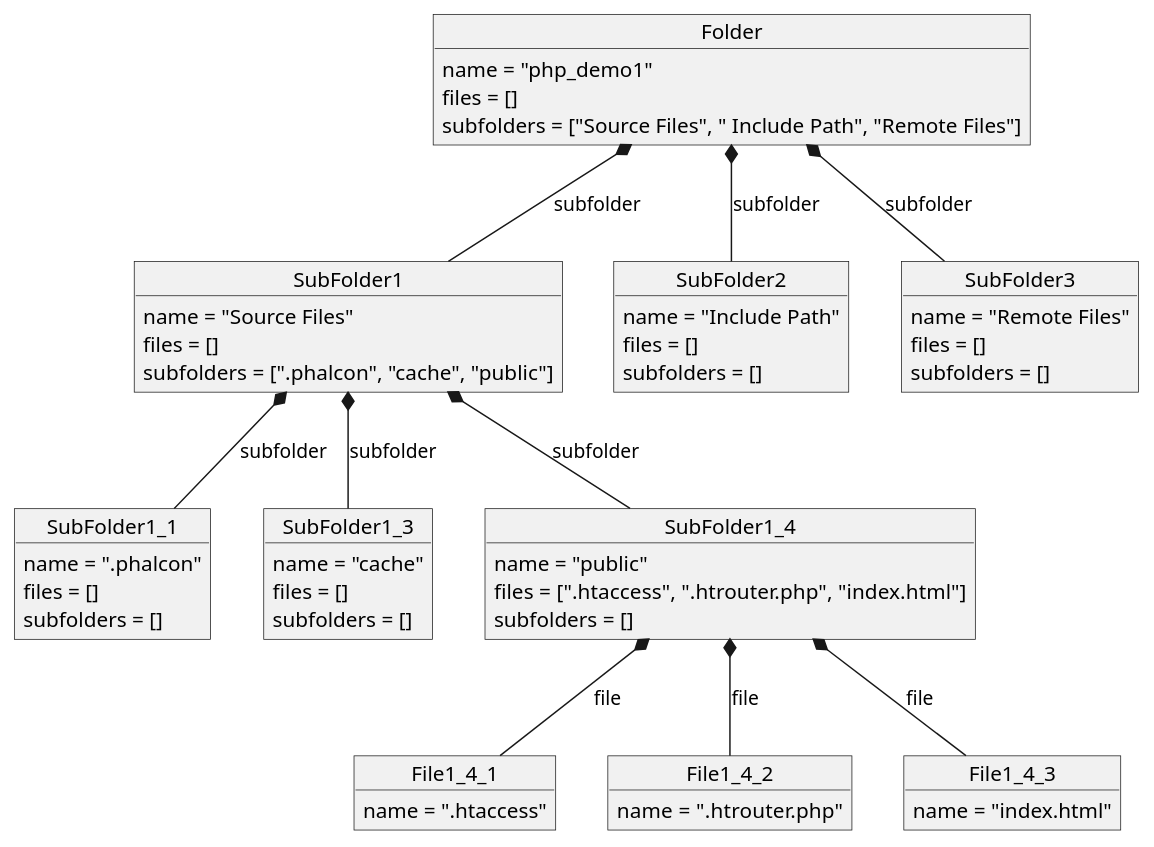
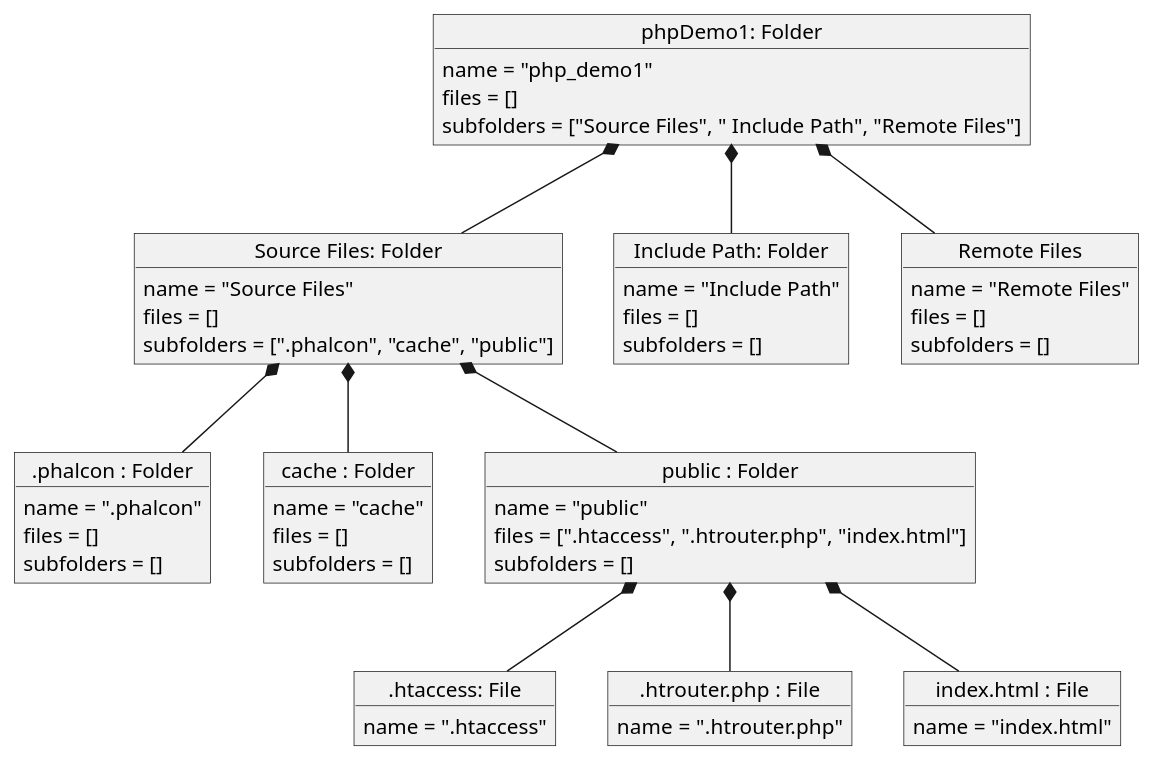
One commit to SubhamCPP/CS5800 changed the diagram in HomeWork03/HomeWork-03/src/Object_Diagram_Part4.puml. Above: the diagram before and after it, drawn with PlantUML. The commit also changed 8 other files, not shown here.

```diff
--- a/HomeWork03/HomeWork-03/src/Object_Diagram_Part4.puml
+++ b/HomeWork03/HomeWork-03/src/Object_Diagram_Part4.puml
@@ -1,70 +1,72 @@
 @startuml
 
 ' Define instances of Folder and File after the 'app' folder deletion
 
-object Folder {
+object "phpDemo1: Folder" as mainFolder {
   name = "php_demo1"
   files = []
   subfolders = ["Source Files", " Include Path", "Remote Files"]
 }
 
-object SubFolder1 {
+object "Source Files: Folder" as sf1 {
   name = "Source Files"
   files = []
   subfolders = [".phalcon", "cache", "public"]
 }
 
-object SubFolder1_1 {
+object  ".phalcon : Folder" as sf4 {
   name = ".phalcon"
   files = []
   subfolders = []
 }
 
-object SubFolder1_3 {
+object "cache : Folder" as sf5 {
   name = "cache"
   files = []
   subfolders = []
 }
 
-object SubFolder1_4 {
+object "public : Folder" as sf6 {
   name = "public"
   files = [".htaccess", ".htrouter.php", "index.html"]
   subfolders = []
 }
 
-object File1_4_1 {
+object ".htaccess: File" as f1 {
   name = ".htaccess"
 }
 
-object File1_4_2 {
+object ".htrouter.php : File" as f2 {
   name = ".htrouter.php"
 }
 
-object File1_4_3 {
+object "index.html : File" as f3 {
   name = "index.html"
 }
 
-object SubFolder2 {
+object "Include Path: Folder" as sf2 {
   name = "Include Path"
   files = []
   subfolders = []
 }
 
-object SubFolder3 {
+object "Remote Files" as sf3 {
   name = "Remote Files"
   files = []
   subfolders = []
 }
 
 ' Define the links representing the composition relationships
-Folder  *-- SubFolder1 : subfolder
-SubFolder1 *-- SubFolder1_1 : subfolder
-SubFolder1 *-- SubFolder1_3 : subfolder
-SubFolder1 *-- SubFolder1_4 : subfolder
-SubFolder1_4 *-- File1_4_1 : file
-SubFolder1_4 *-- File1_4_2 : file
-SubFolder1_4 *-- File1_4_3 : file
-Folder *-- SubFolder2 : subfolder
-Folder *-- SubFolder3 : subfolder
+mainFolder *-- sf1
+mainFolder *-- sf2
+mainFolder *-- sf3
+
+sf1 *-- sf4
+sf1 *-- sf5
+sf1 *-- sf6
+
+sf6 *-- f1
+sf6 *-- f2
+sf6 *-- f3
 
 @enduml
```
